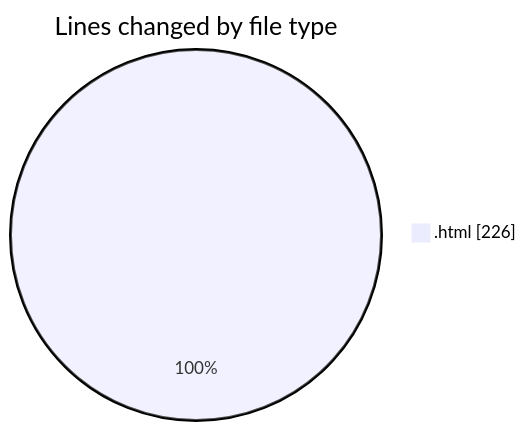
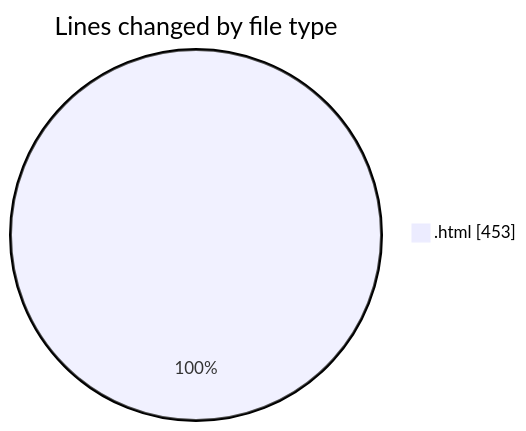
Before and after one commit to shibass792/code-tracking: the first of 2 diagrams in 2026-07-12/untitled__workspace_/README.md, drawn with Mermaid. The commit also changed other lines of this file and 1 other file, not shown here.

````diff
--- a/2026-07-12/untitled__workspace_/README.md
+++ b/2026-07-12/untitled__workspace_/README.md
@@ -20,5 +20,5 @@
 ```mermaid
 pie showData
 title Lines changed by file type
-".html" : 226
+".html" : 453
 ```
````
